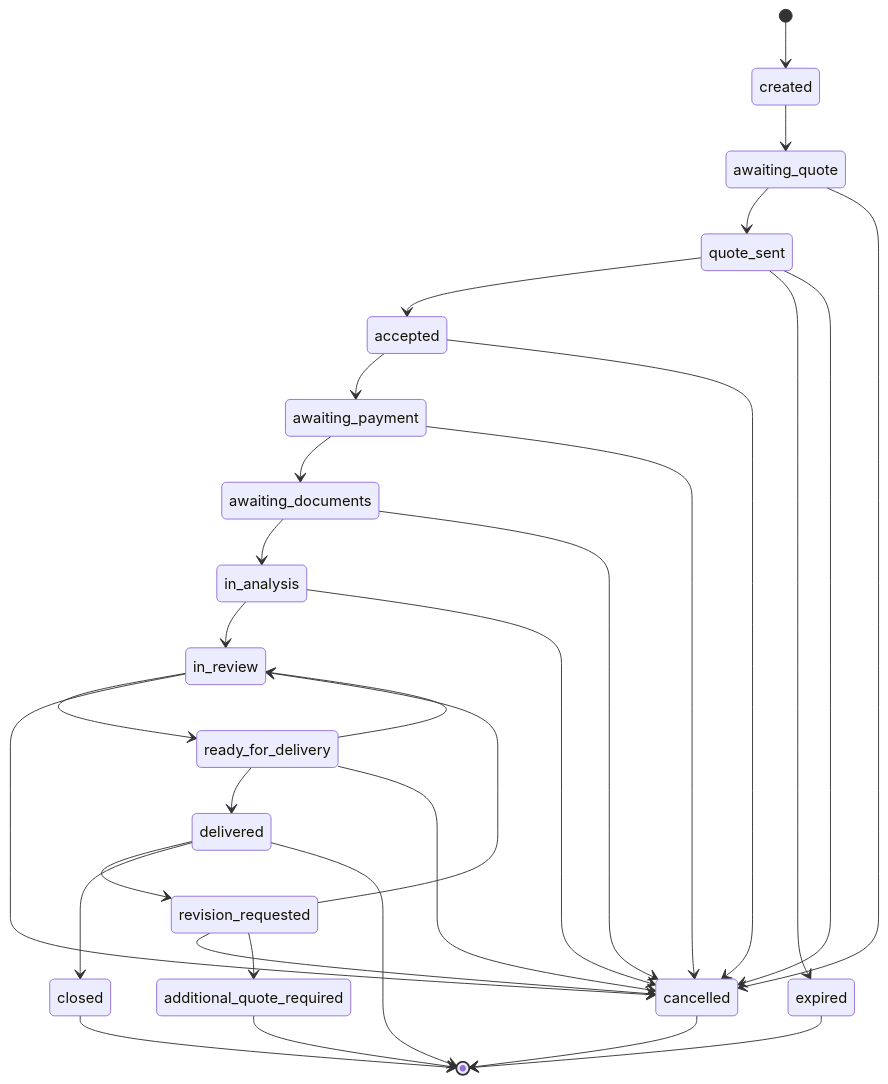
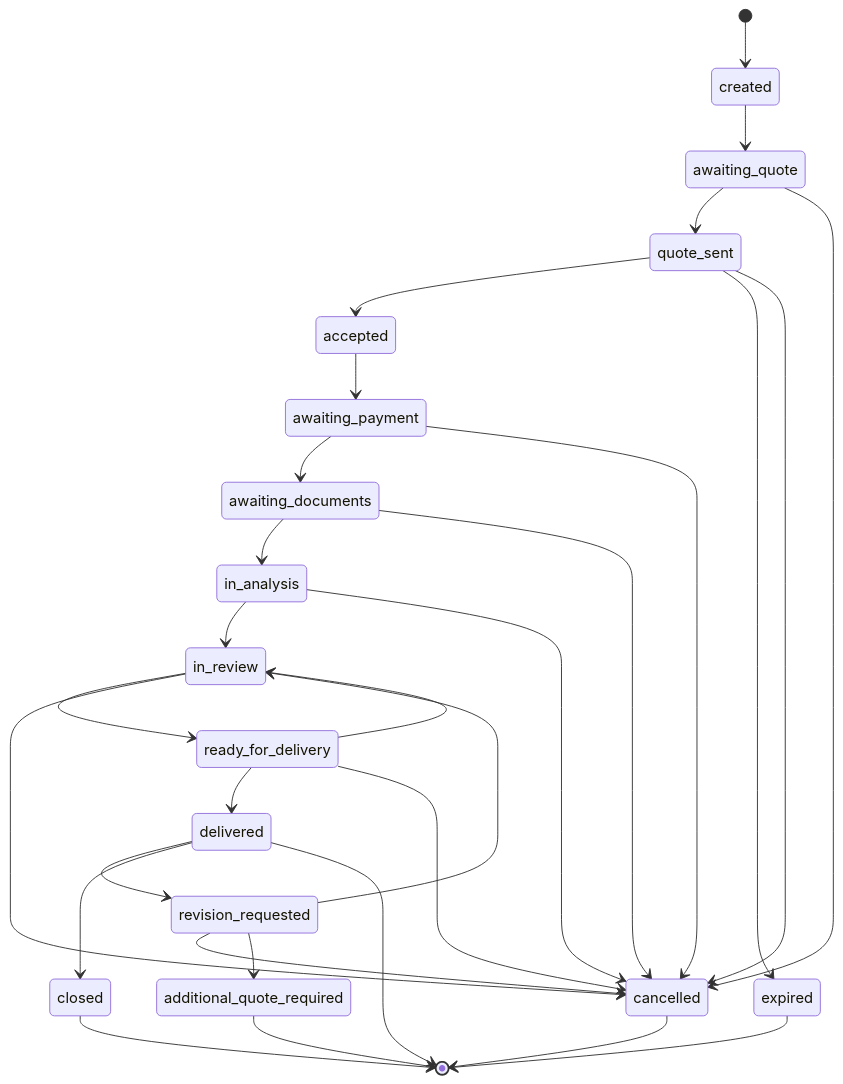
One commit to gigfmedia/upLegal changed the second of 4 diagrams in docs/services/SPRINT_2_TECHNICAL_DESIGN.md. Above: the diagram before and after it, drawn with Mermaid. The commit also changed other lines of this file and 3 other files, not shown here.

````diff
--- a/docs/services/SPRINT_2_TECHNICAL_DESIGN.md
+++ b/docs/services/SPRINT_2_TECHNICAL_DESIGN.md
@@ -445,33 +446,32 @@
 ```mermaid
 stateDiagram-v2
     [*] --> created
     created --> awaiting_quote
     awaiting_quote --> quote_sent
     awaiting_quote --> cancelled
     quote_sent --> accepted
     quote_sent --> expired
     quote_sent --> cancelled
     accepted --> awaiting_payment
-    accepted --> cancelled
     awaiting_payment --> awaiting_documents
     awaiting_payment --> cancelled
     awaiting_documents --> in_analysis
     awaiting_documents --> cancelled
     in_analysis --> in_review
     in_analysis --> cancelled
     in_review --> ready_for_delivery
     in_review --> cancelled
     ready_for_delivery --> delivered
     ready_for_delivery --> in_review
     ready_for_delivery --> cancelled
     delivered --> revision_requested
     delivered --> closed
     revision_requested --> in_review
     revision_requested --> cancelled
     revision_requested --> additional_quote_required
     additional_quote_required --> [*]
     delivered --> [*]
     closed --> [*]
     cancelled --> [*]
     expired --> [*]
 ```
````
